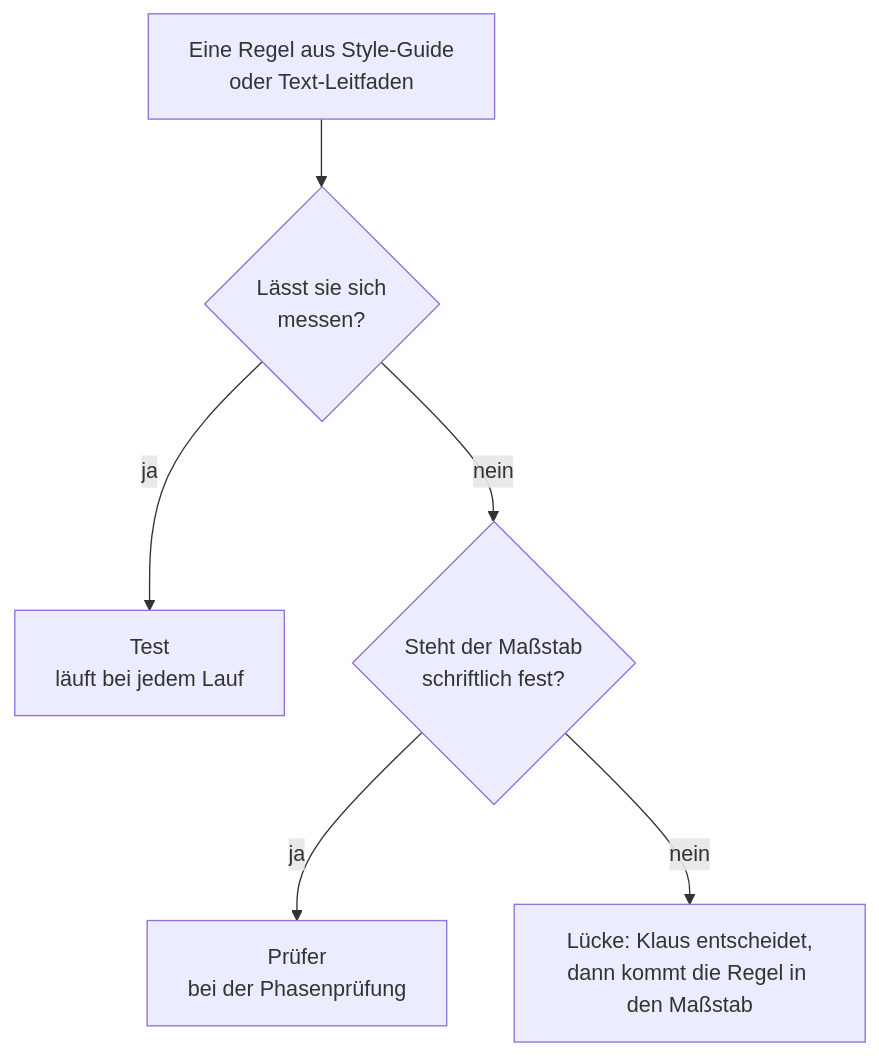
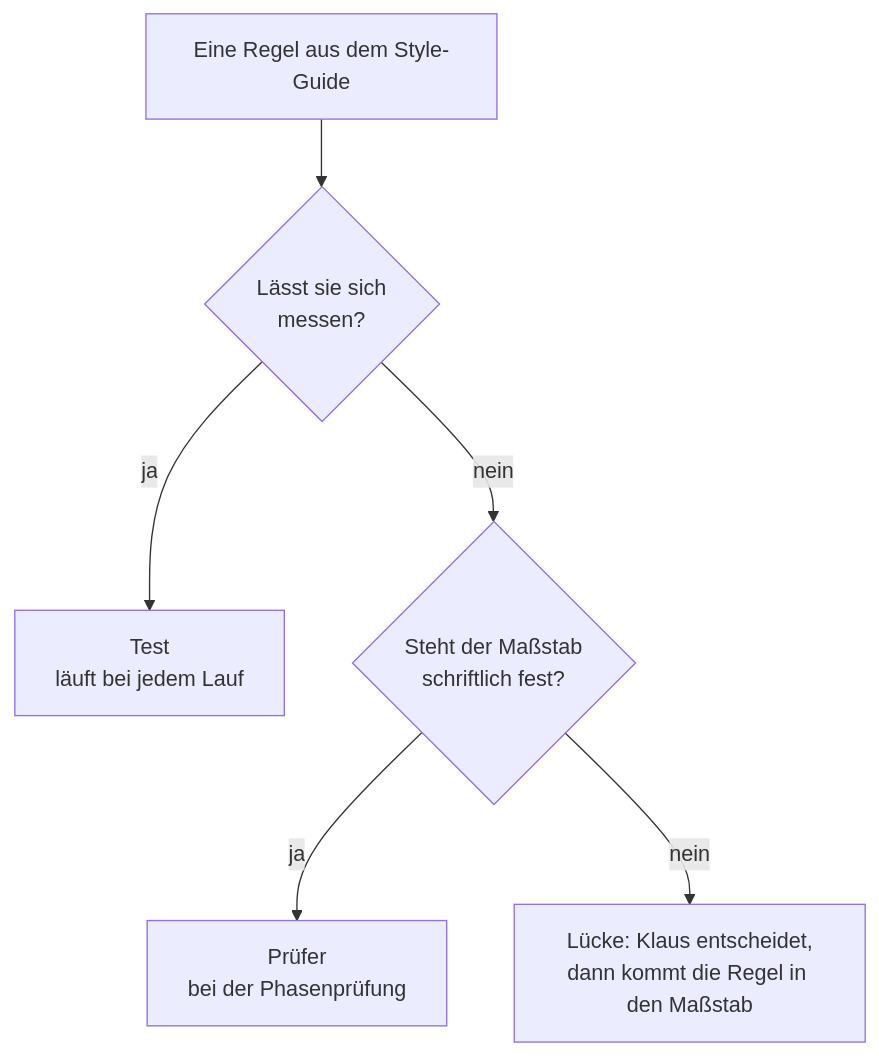
The first of 3 diagrams in docs/ki_workflow/ki_pruefung.md (klausmoster/DerComputerladen), drawn with Mermaid before and after one commit. The commit also changed other lines of this file and 3 other files, not shown here.

````diff
--- a/docs/ki_workflow/ki_pruefung.md
+++ b/docs/ki_workflow/ki_pruefung.md
@@ -77,8 +77,8 @@
 ```mermaid
 flowchart TD
-    R["Eine Regel aus Style-Guide<br/>oder Text-Leitfaden"] --> M{"Lässt sie sich<br/>messen?"}
+    R["Eine Regel aus dem Style-Guide"] --> M{"Lässt sie sich<br/>messen?"}
     M -->|"ja"| T["Test<br/>läuft bei jedem Lauf"]
     M -->|"nein"| Q{"Steht der Maßstab<br/>schriftlich fest?"}
     Q -->|"ja"| P["Prüfer<br/>bei der Phasenprüfung"]
     Q -->|"nein"| L["Lücke: Klaus entscheidet,<br/>dann kommt die Regel in den Maßstab"]
 ```
````
